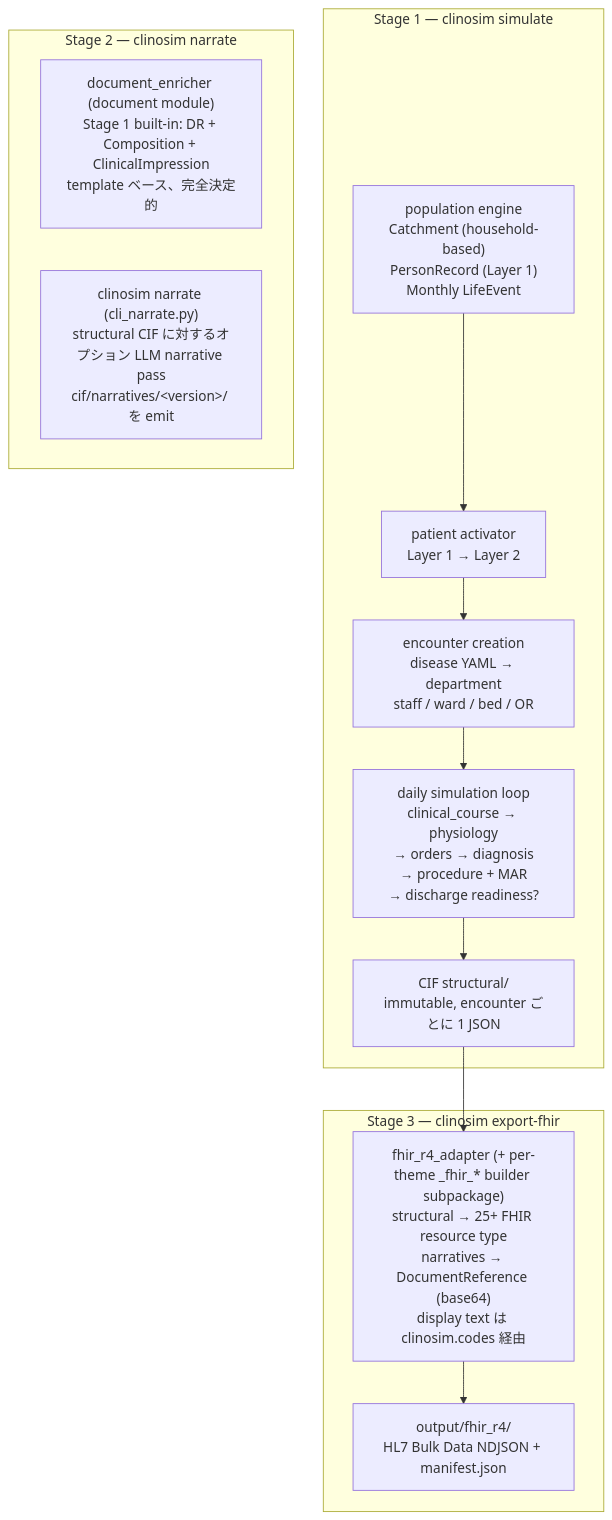
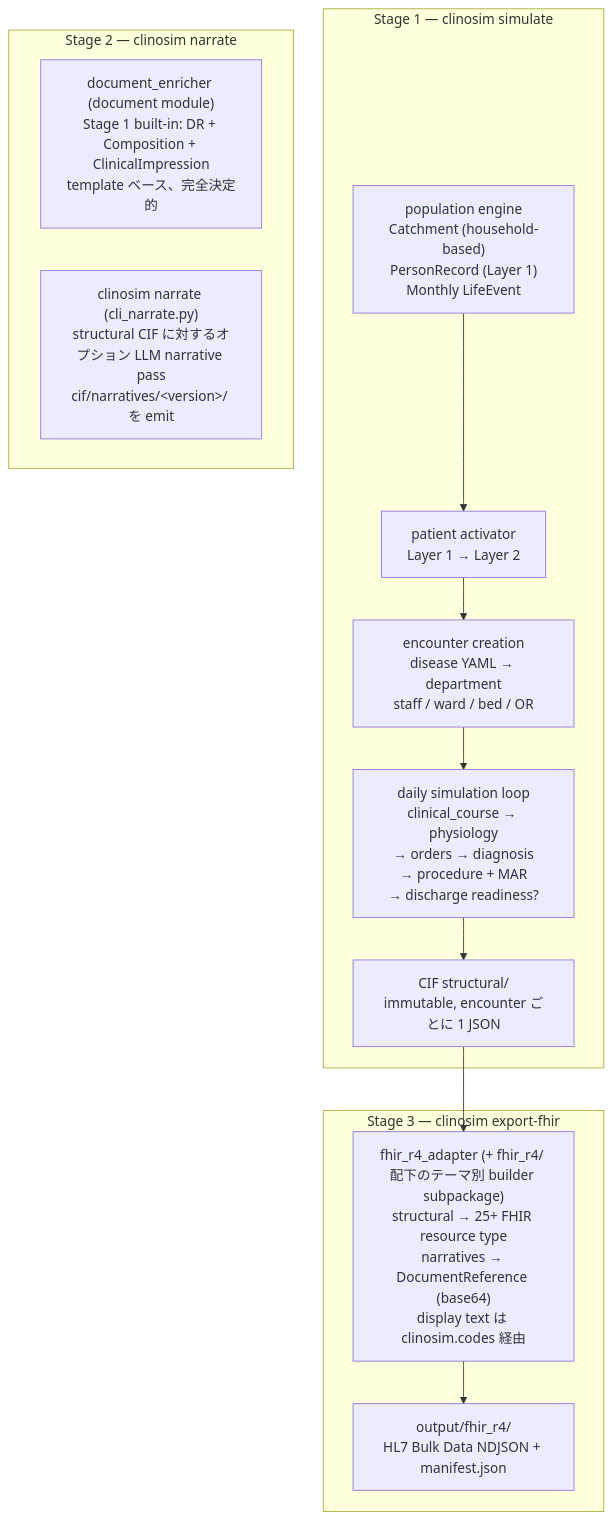
Before and after one commit to TomoOkuyama/clinosim: the diagram in docs/architecture/data-flow.ja.md, drawn with Mermaid. The commit also changed other lines of this file and 20 other files, not shown here.

First line of the commit message:
docs: reconcile architecture and design guides with the code

````diff
--- a/docs/architecture/data-flow.ja.md
+++ b/docs/architecture/data-flow.ja.md
@@ -8,24 +8,24 @@
 ```mermaid
 flowchart TD
     subgraph stage1["Stage 1 — clinosim simulate"]
         pop["population engine<br/>Catchment (household-based)<br/>PersonRecord (Layer 1)<br/>Monthly LifeEvent"]
         act["patient activator<br/>Layer 1 → Layer 2"]
         enc["encounter creation<br/>disease YAML → department<br/>staff / ward / bed / OR"]
         loop["daily simulation loop<br/>clinical_course → physiology<br/>→ orders → diagnosis<br/>→ procedure + MAR<br/>→ discharge readiness?"]
         cif_s["CIF structural/<br/>immutable, encounter ごとに 1 JSON"]
         pop --> act --> enc --> loop --> cif_s
     end
 
     subgraph stage2["Stage 2 — clinosim narrate"]
         gen2["document_enricher (document module)<br/>Stage 1 built-in: DR + Composition + ClinicalImpression<br/>template ベース、完全決定的"]
         llm2["clinosim narrate (cli_narrate.py)<br/>structural CIF に対するオプション LLM narrative pass<br/>cif/narratives/&lt;version&gt;/ を emit"]
     end
 
     subgraph stage3["Stage 3 — clinosim export-fhir"]
-        adapter["fhir_r4_adapter (+ per-theme _fhir_* builder subpackage)<br/>structural → 25+ FHIR resource type<br/>narratives → DocumentReference (base64)<br/>display text は clinosim.codes 経由"]
+        adapter["fhir_r4_adapter (+ fhir_r4/ 配下のテーマ別 builder subpackage)<br/>structural → 25+ FHIR resource type<br/>narratives → DocumentReference (base64)<br/>display text は clinosim.codes 経由"]
         fhir["output/fhir_r4/<br/>HL7 Bulk Data NDJSON + manifest.json"]
         adapter --> fhir
     end
 
     cif_s --> adapter
 ```
````
